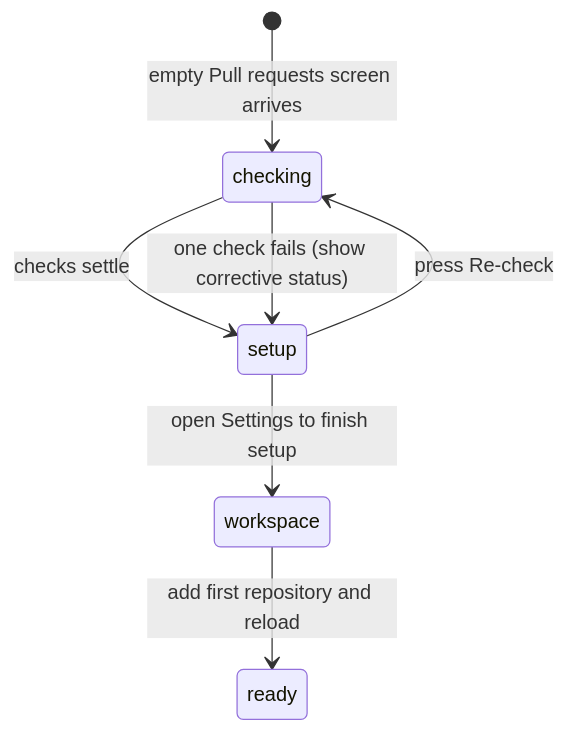
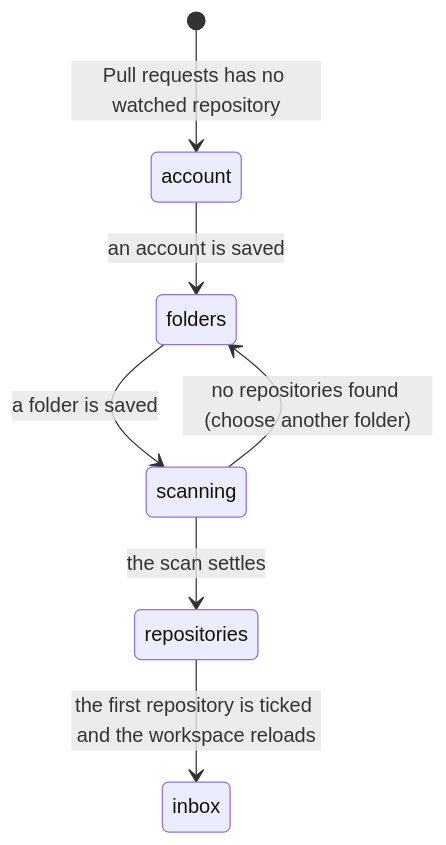
One commit to kwanpham2195/patchdesk changed the diagram in docs/product-description/first-run/setup-checklist.md. Above: the diagram before and after it, drawn with Mermaid. The commit also changed other lines of this file and 8 other files, not shown here.

First line of the commit message:
docs(product-description): describe the reworked workspace settings and first run

````diff
--- a/docs/product-description/first-run/setup-checklist.md
+++ b/docs/product-description/first-run/setup-checklist.md
@@ -15,9 +15,9 @@
 ```mermaid
 stateDiagram-v2
-    [*] --> checking : empty Pull requests screen arrives
-    checking --> setup : checks settle
-    setup --> checking : press Re-check
-    setup --> workspace : open Settings to finish setup
-    workspace --> ready : add first repository and reload
-    checking --> setup : one check fails (show corrective status)
+    [*] --> account : Pull requests has no watched repository
+    account --> folders : an account is saved
+    folders --> scanning : a folder is saved
+    scanning --> repositories : the scan settles
+    scanning --> folders : no repositories found (choose another folder)
+    repositories --> inbox : the first repository is ticked and the workspace reloads
 ```
````
